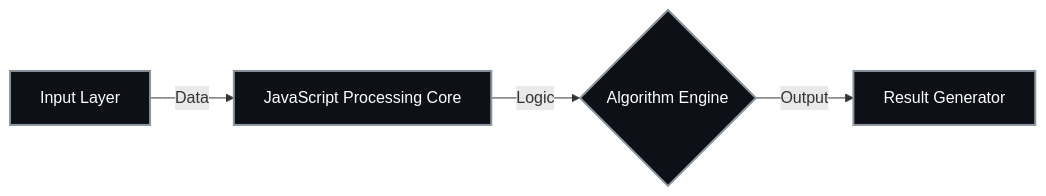
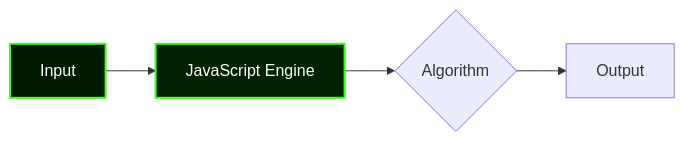
The diagram in README.md (karthik-idikuda/Browser-Project), drawn with Mermaid before and after one commit. The commit also changed other lines of this file, not shown here.

````diff
--- a/README.md
+++ b/README.md
@@ -28,9 +34,9 @@
 ```mermaid
 graph LR;
-    A["Input Layer"] -->|Data| B["JavaScript Processing Core"];
-    B -->|Logic| C{"Algorithm Engine"};
-    C -->|Output| D["Result Generator"];
-    
-    classDef core fill:#0d1117,stroke:#8b949e,stroke-width:2px,color:#fff;
-    class A,B,C,D core;
+    A["Input"] --> B["JavaScript Engine"];
+    B --> C{"Algorithm"};
+    C --> D["Output"];
+
+    style A fill:#001a00,stroke:#39ff14,stroke-width:2px,color:#fff
+    style B fill:#002200,stroke:#39ff14,stroke-width:2px,color:#fff
 ```
````
